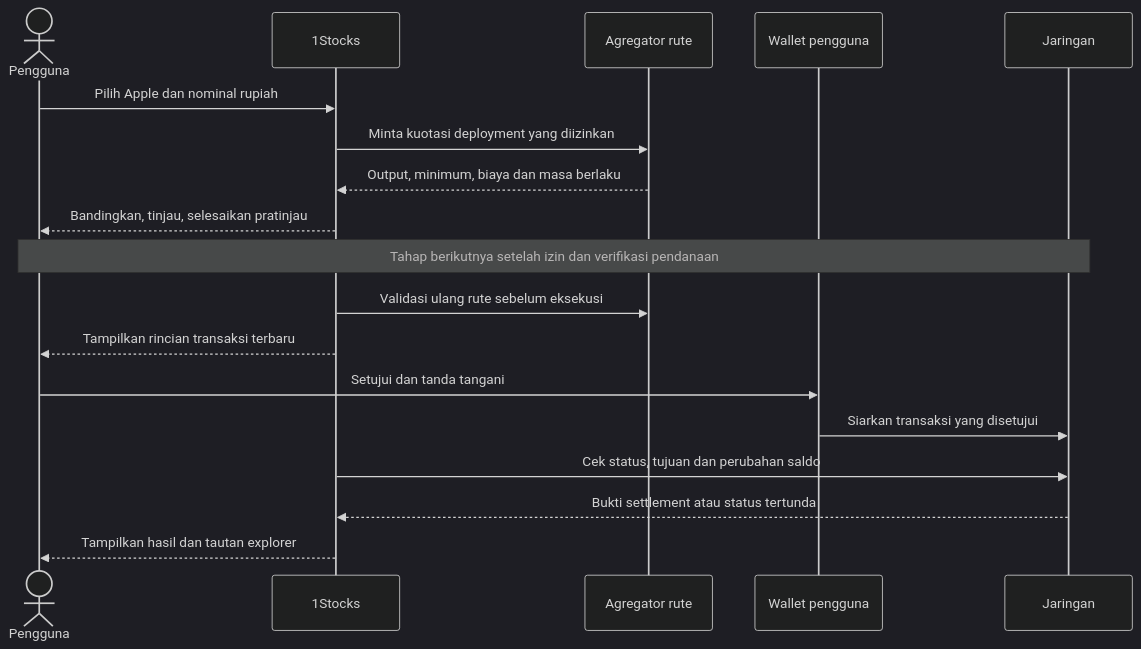
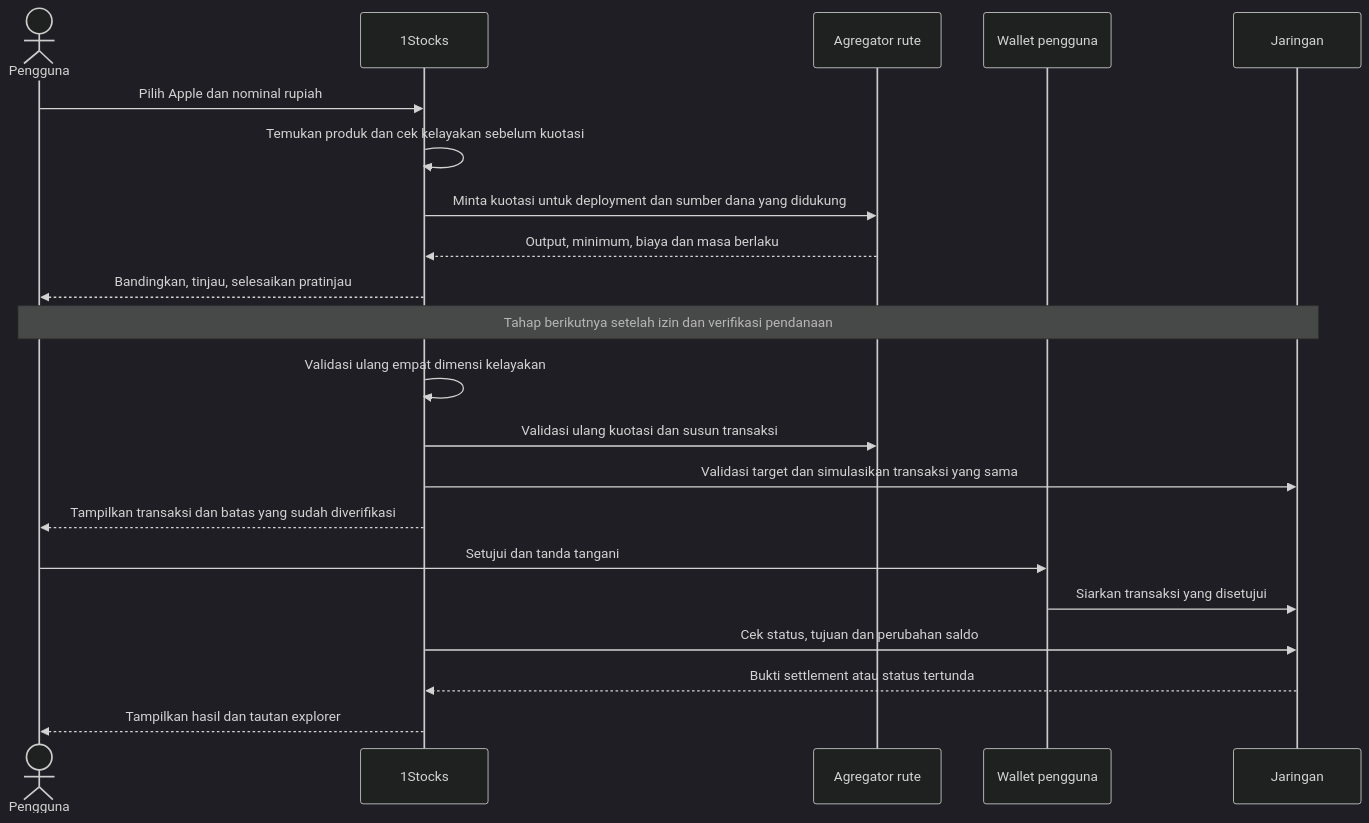
Before and after one commit to 1Stocks/1stocks: the third of 5 diagrams in docs/architecture/tokenized-equities.md, drawn with Mermaid (dark theme). The commit also changed other lines of this file and 4 other files, not shown here.

Commit message:
docs: align architecture with product-first eligibility

````diff
--- a/docs/architecture/tokenized-equities.md
+++ b/docs/architecture/tokenized-equities.md
@@ -54,20 +68,23 @@
 ```mermaid
 sequenceDiagram
     actor U as Pengguna
     participant APP as 1Stocks
     participant AG as Agregator rute
     participant W as Wallet pengguna
     participant C as Jaringan
     U->>APP: Pilih Apple dan nominal rupiah
-    APP->>AG: Minta kuotasi deployment yang diizinkan
+    APP->>APP: Temukan produk dan cek kelayakan sebelum kuotasi
+    APP->>AG: Minta kuotasi untuk deployment dan sumber dana yang didukung
     AG-->>APP: Output, minimum, biaya dan masa berlaku
     APP-->>U: Bandingkan, tinjau, selesaikan pratinjau
     Note over U,C: Tahap berikutnya setelah izin dan verifikasi pendanaan
-    APP->>AG: Validasi ulang rute sebelum eksekusi
-    APP-->>U: Tampilkan rincian transaksi terbaru
+    APP->>APP: Validasi ulang empat dimensi kelayakan
+    APP->>AG: Validasi ulang kuotasi dan susun transaksi
+    APP->>C: Validasi target dan simulasikan transaksi yang sama
+    APP-->>U: Tampilkan transaksi dan batas yang sudah diverifikasi
     U->>W: Setujui dan tanda tangani
     W->>C: Siarkan transaksi yang disetujui
     APP->>C: Cek status, tujuan dan perubahan saldo
     C-->>APP: Bukti settlement atau status tertunda
     APP-->>U: Tampilkan hasil dan tautan explorer
 ```
````
